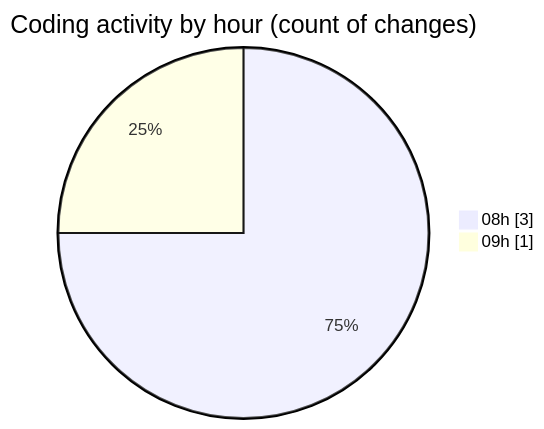
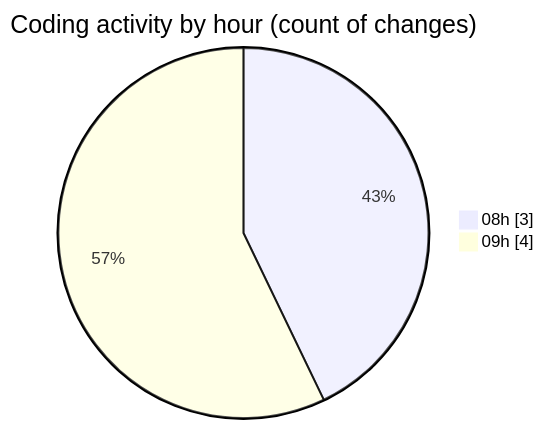
Before and after one commit to Elitesun/code-tracking: the second of 2 diagrams in 2025-05-22/niten/README.md, drawn with Mermaid. The commit also changed other lines of this file and 1 other file, not shown here.

````diff
--- a/2025-05-22/niten/README.md
+++ b/2025-05-22/niten/README.md
@@ -32,6 +35,6 @@
 ```mermaid
 pie showData
 title Coding activity by hour (count of changes)
 "08h" : 3
-"09h" : 1
+"09h" : 4
 ```
````
